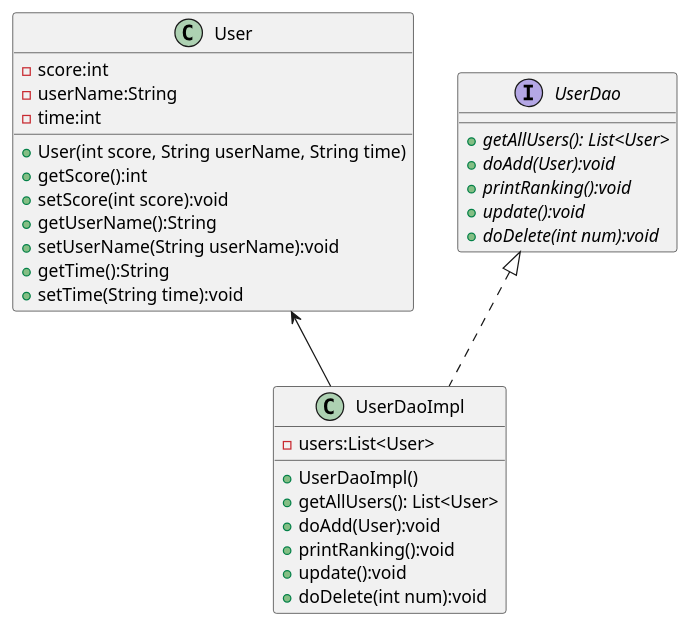
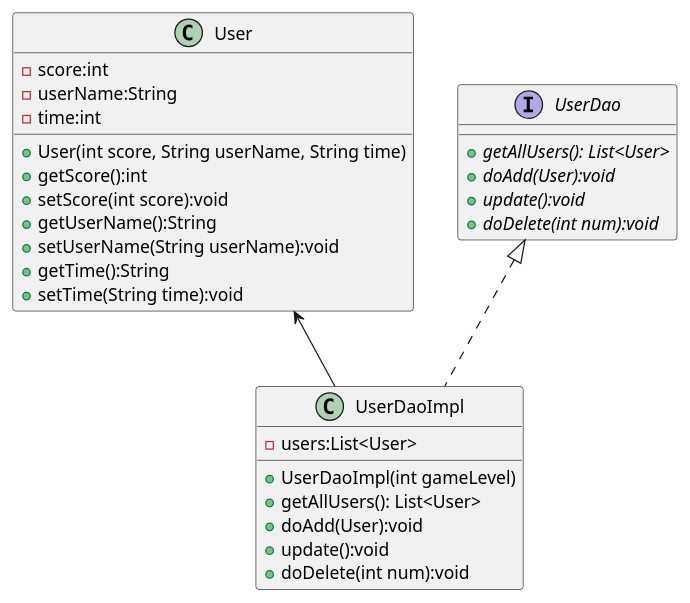
Before and after one commit to aetherqaq/AircraftWar: the diagram in uml/Dao.puml, drawn with PlantUML. The commit also changed 19 other files, not shown here.

```diff
--- a/uml/Dao.puml
+++ b/uml/Dao.puml
@@ -1,38 +1,36 @@
 @startuml
 'https://plantuml.com/class-diagram
 
 class User{
     -score:int
     -userName:String
     -time:int
     +User(int score, String userName, String time)
     +getScore():int
     +setScore(int score):void
     +getUserName():String
     +setUserName(String userName):void
     +getTime():String
     +setTime(String time):void
 }
 
 interface UserDao{
     +{abstract} getAllUsers(): List<User>
     +{abstract} doAdd(User):void
-    +{abstract} printRanking():void
     +{abstract} update():void
     +{abstract} doDelete(int num):void
 }
 
 class UserDaoImpl{
     -users:List<User>
-    +UserDaoImpl()
+    +UserDaoImpl(int gameLevel)
     +getAllUsers(): List<User>
     +doAdd(User):void
-    +printRanking():void
     +update():void
     +doDelete(int num):void
 }
 
 UserDao <|.. UserDaoImpl
 User <-- UserDaoImpl
 
 @enduml
```
